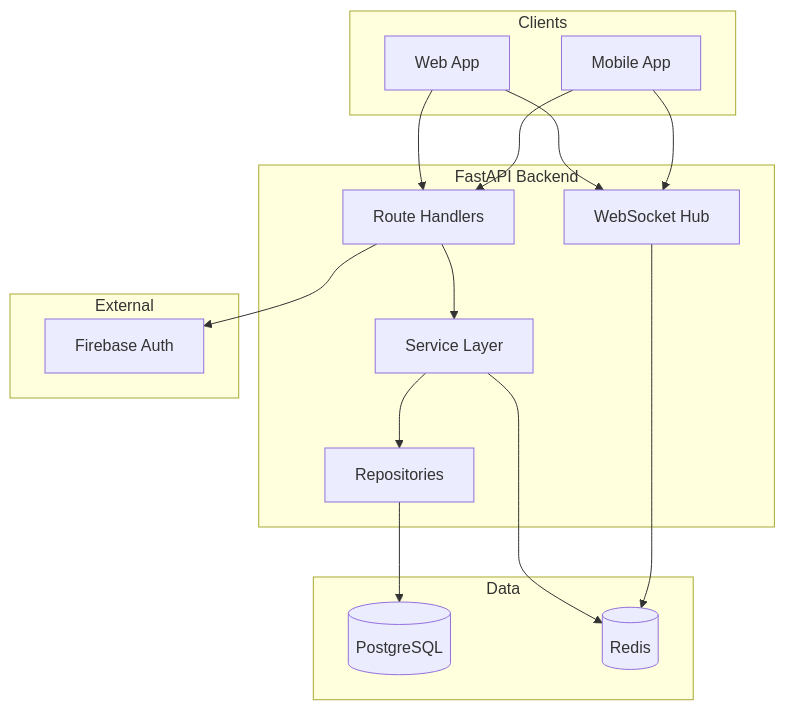
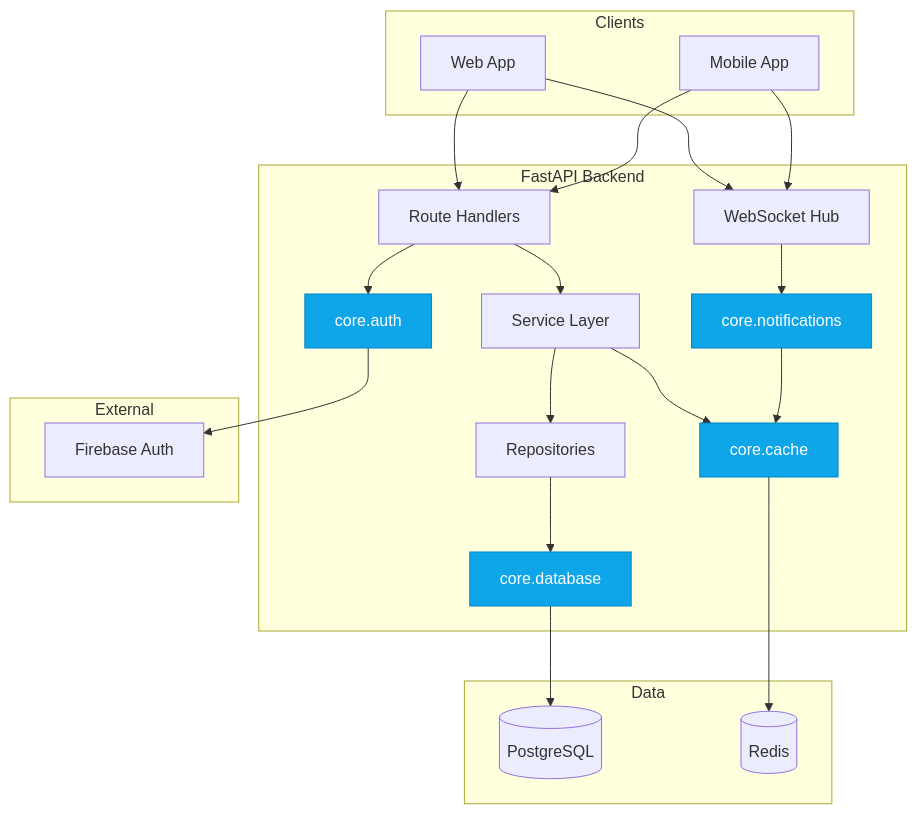
The first of 3 diagrams in skills/dockit/references/samples/medium-project/docs/ARCHITECTURE.md (TheLampshady/repokit), drawn with Mermaid before and after one commit. The commit also changed other lines of this file and 24 other files, not shown here.

````diff
--- a/skills/dockit/references/samples/medium-project/docs/ARCHITECTURE.md
+++ b/skills/dockit/references/samples/medium-project/docs/ARCHITECTURE.md
@@ -13,34 +13,46 @@
 ```mermaid
 flowchart TD
     subgraph Clients
         Web[Web App]
         Mobile[Mobile App]
     end
 
     subgraph API[FastAPI Backend]
         Routes[Route Handlers]
         Services[Service Layer]
         Repos[Repositories]
         WS[WebSocket Hub]
+
+        %% Foundations — shared code from FOUNDATIONS.md
+        F_DB[core.database]:::foundation
+        F_Auth[core.auth]:::foundation
+        F_Cache[core.cache]:::foundation
+        F_Notif[core.notifications]:::foundation
     end
 
     subgraph External
         Auth[Firebase Auth]
     end
 
     subgraph Data
         DB[(PostgreSQL)]
         Cache[(Redis)]
     end
 
     Web --> Routes
     Mobile --> Routes
     Web --> WS
     Mobile --> WS
-    Routes --> Auth
+    Routes --> F_Auth
+    F_Auth --> Auth
     Routes --> Services
     Services --> Repos
-    Repos --> DB
-    Services --> Cache
-    WS --> Cache
+    Repos --> F_DB
+    F_DB --> DB
+    Services --> F_Cache
+    F_Cache --> Cache
+    WS --> F_Notif
+    F_Notif --> F_Cache
+
+    classDef foundation fill:#0ea5e9,stroke:#0284c7,color:#fff
 ```
````
